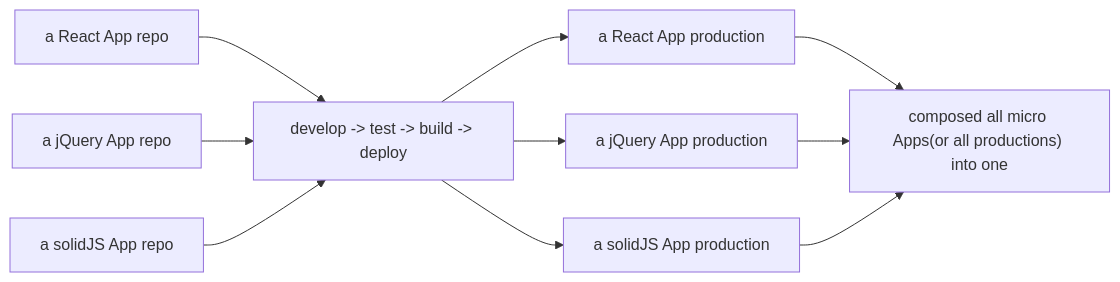
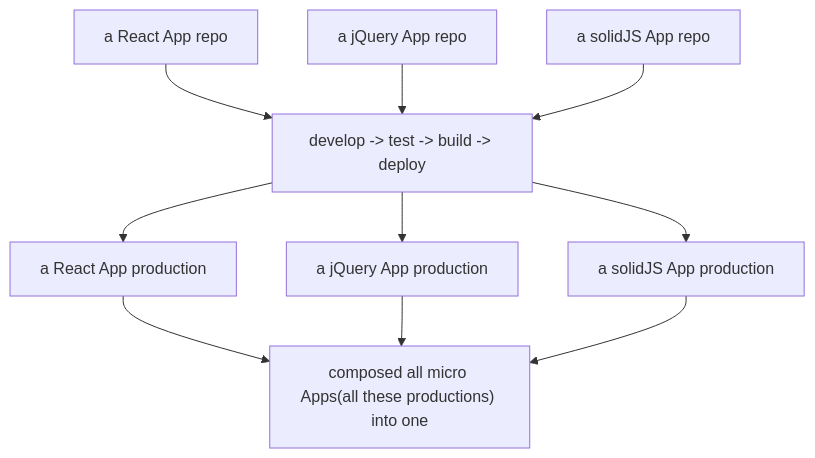
Before and after one commit to Vladimirirr/Sealeded: the diagram in articles/微前端/index.md, drawn with Mermaid. The commit also changed other lines of this file and 8 other files, not shown here.

````diff
--- a/articles/微前端/index.md
+++ b/articles/微前端/index.md
@@ -17,12 +17,12 @@
 ```mermaid
-flowchart LR
+flowchart TD
 
 reactAppRepo["a React App repo"] --> appDev --> reactProdPkg["a React App production"] --> composedToMainApp
 jQueryAppRepo["a jQuery App repo"] --> appDev --> jQueryProdPkg["a jQuery App production"] --> composedToMainApp
 solidJSAppRepo["a solidJS App repo"] --> appDev --> solidJSProdPkg["a solidJS App production"] --> composedToMainApp
 
 appDev["develop -> test -> build -> deploy"]
 
-composedToMainApp["composed all micro Apps(or all productions) into one"]
+composedToMainApp["composed all micro Apps(all these productions) into one"]
 
 ```
````
